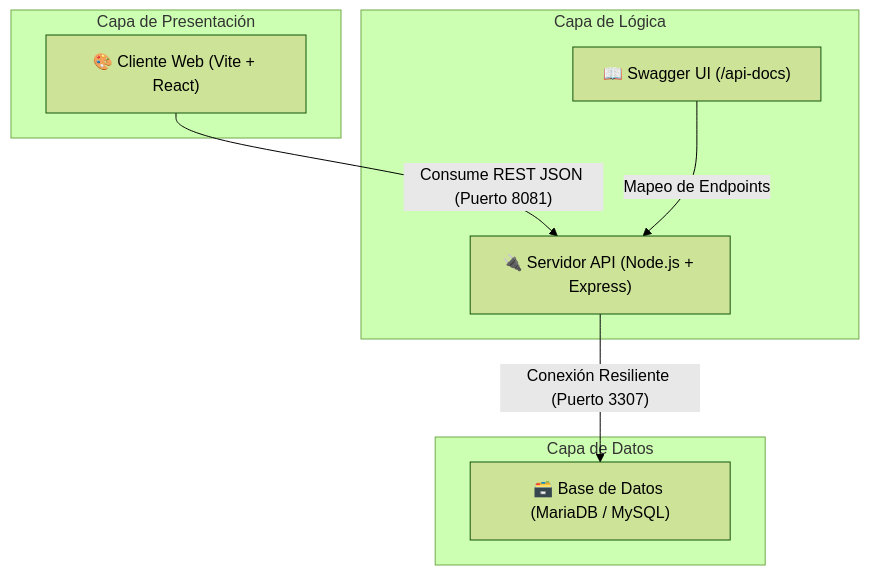
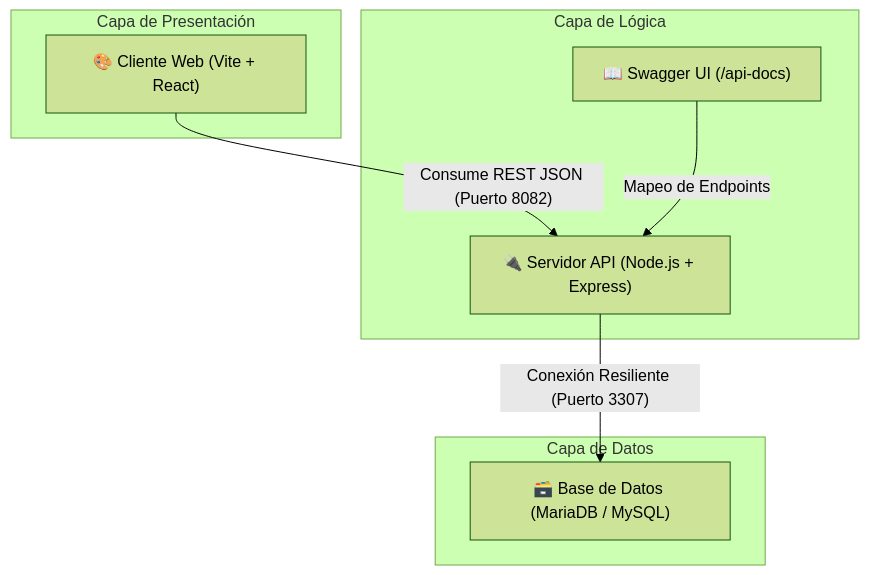
One commit to tecda-maniqui-factory/.github changed the diagram in profile/README.md. Above: the diagram before and after it, drawn with Mermaid (forest theme). The commit also changed other lines of this file, not shown here.

Commit message:
docs: corregir puerto del backend a 8082 en el perfil de la organización

````diff
--- a/profile/README.md
+++ b/profile/README.md
@@ -13,17 +13,17 @@
 ```mermaid
 graph TD
     subgraph Frontend_App [Capa de Presentación]
         A["🎨 Cliente Web (Vite + React)"]
     end
     subgraph Service_App [Capa de Lógica]
         B["🔌 Servidor API (Node.js + Express)"]
         C["📖 Swagger UI (/api-docs)"]
     end
     subgraph Database_App [Capa de Datos]
         D["🗃️ Base de Datos (MariaDB / MySQL)"]
     end
 
-    A -- "Consume REST JSON (Puerto 8081)" --> B
+    A -- "Consume REST JSON (Puerto 8082)" --> B
     B -- "Conexión Resiliente (Puerto 3307)" --> D
     C -- "Mapeo de Endpoints" --> B
 ```
````
